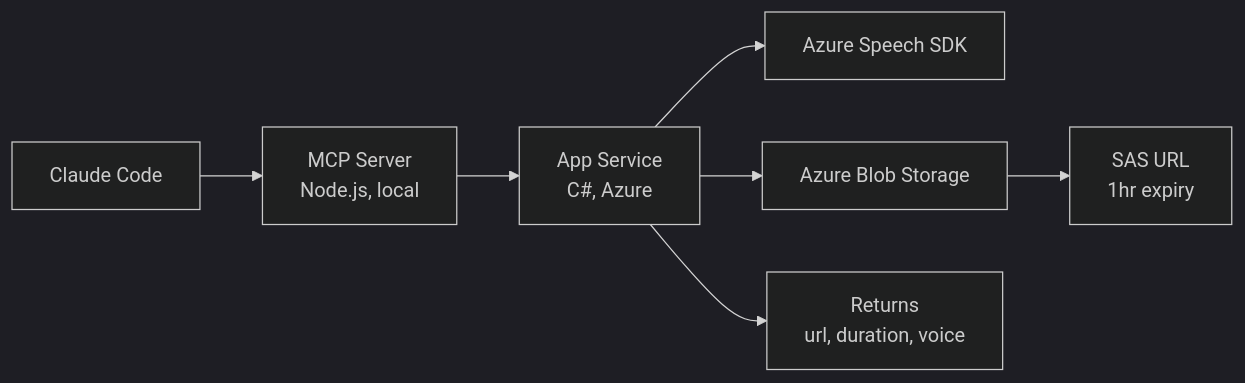
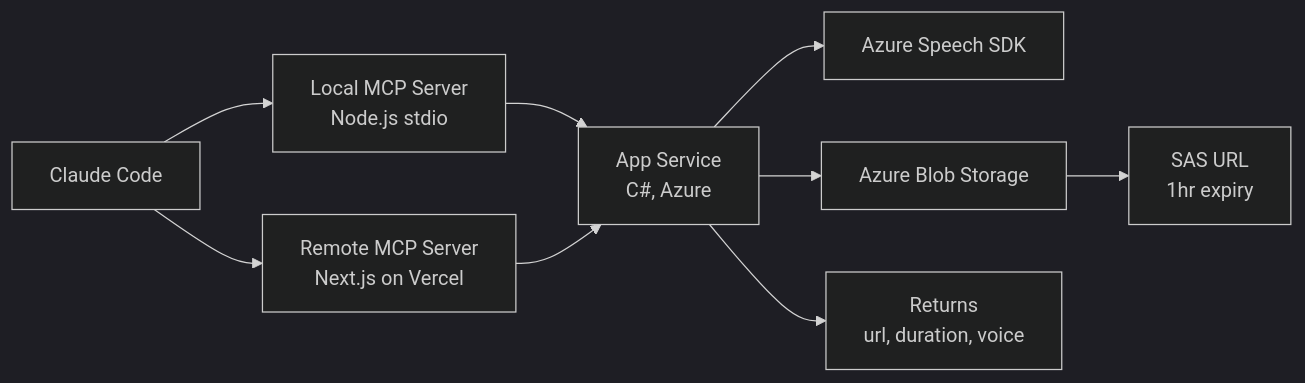
One commit to olaafrossi/ClaudeChatTTSServer changed the diagram in README.md. Above: the diagram before and after it, drawn with Mermaid (dark theme). The commit also changed other lines of this file, not shown here.

Commit message:
updates readme for the remote MCP server

````diff
--- a/README.md
+++ b/README.md
@@ -7,9 +7,11 @@
 ```mermaid
 graph LR
-    A[Claude Code] --> B[MCP Server<br/>Node.js, local]
+    A[Claude Code] --> B[Local MCP Server<br/>Node.js stdio]
+    A --> B2[Remote MCP Server<br/>Next.js on Vercel]
     B --> C[App Service<br/>C#, Azure]
+    B2 --> C
     C --> D[Azure Speech SDK]
     C --> E[Azure Blob Storage]
     E --> F[SAS URL<br/>1hr expiry]
     C --> G[Returns<br/>url, duration, voice]
 ```
````
